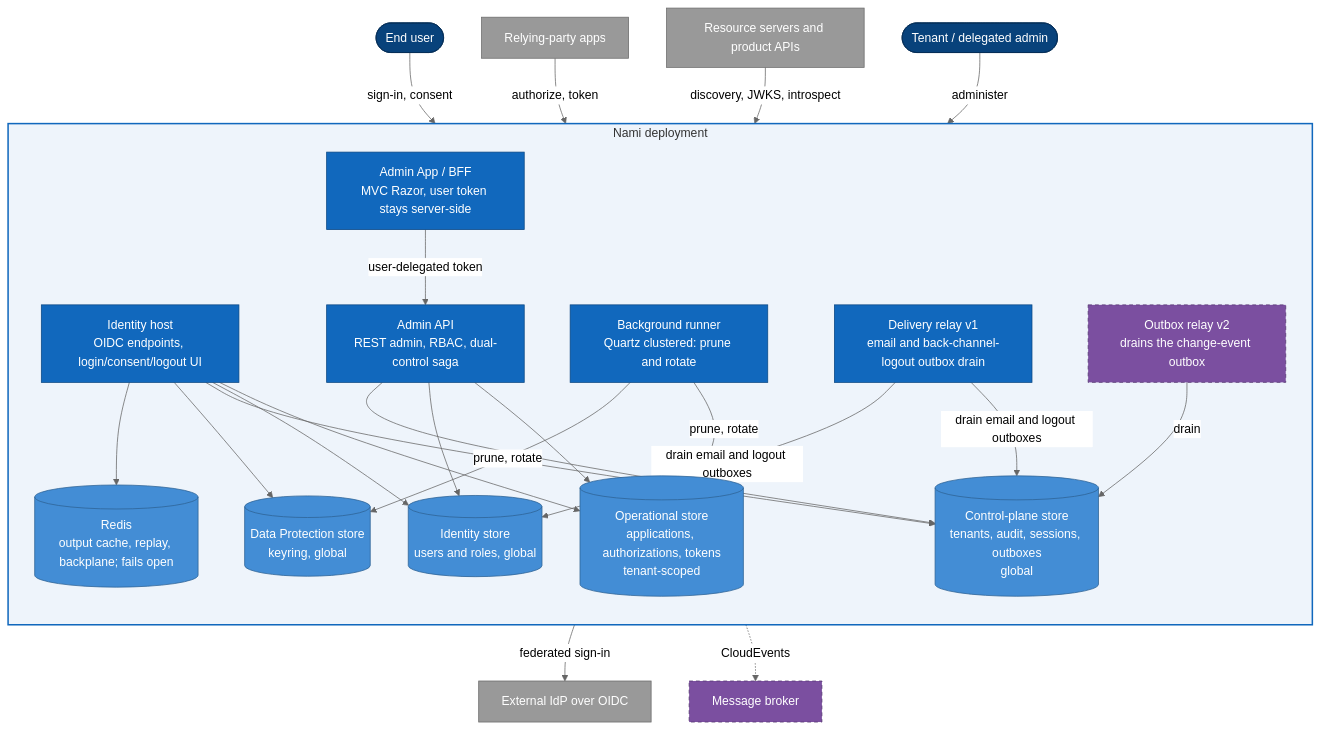
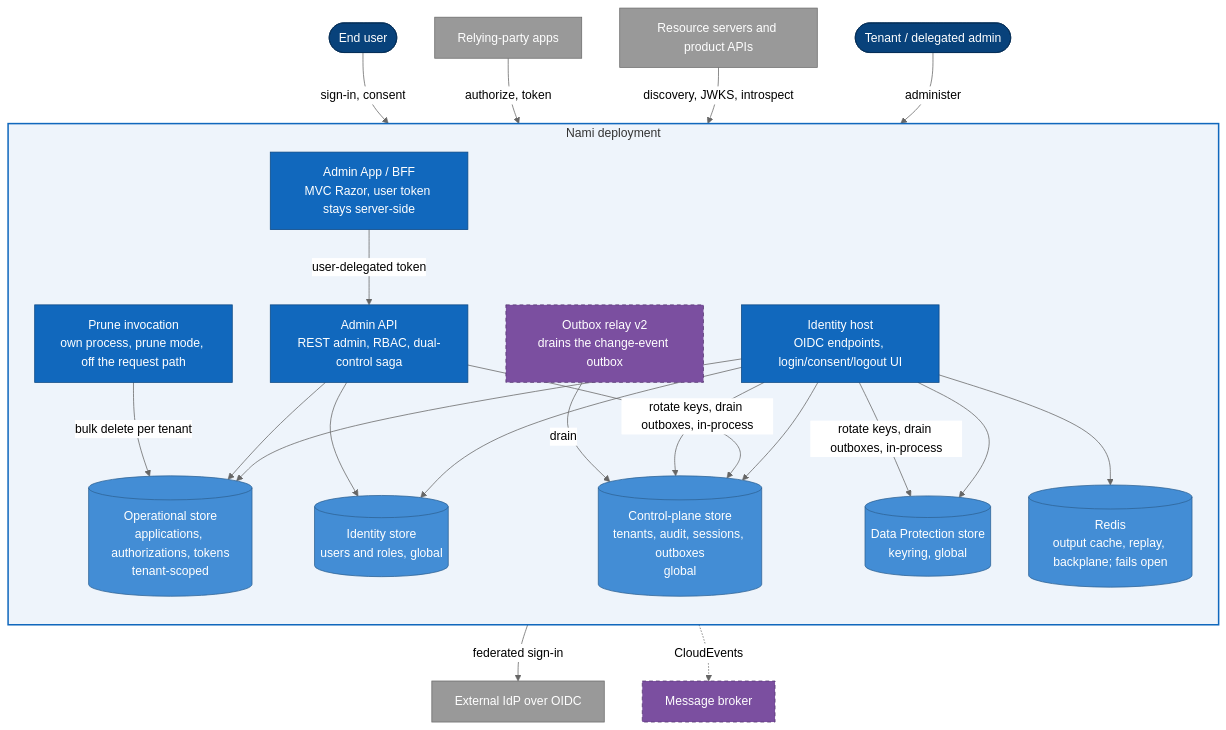
The diagram in docs/architecture/03-containers.md (namphuongtran/nami), drawn with Mermaid (neutral theme) before and after one commit. The commit also changed other lines of this file and 3 other files, not shown here.

````diff
--- a/docs/architecture/03-containers.md
+++ b/docs/architecture/03-containers.md
@@ -19,45 +19,44 @@
 ```mermaid
 graph TB
   enduser([End user]):::person
   admin([Tenant / delegated admin]):::person
   rp[Relying-party apps]:::ext
   rs[Resource servers and product APIs]:::ext
   extidp[External IdP over OIDC]:::ext
 
   subgraph SYS[Nami deployment]
     direction TB
     idp[Identity host<br/>OIDC endpoints, login/consent/logout UI]:::host
     aapi[Admin API<br/>REST admin, RBAC, dual-control saga]:::host
     aapp[Admin App / BFF<br/>MVC Razor, user token stays server-side]:::host
-    run[Background runner<br/>Quartz clustered: prune and rotate]:::host
-    dr[Delivery relay v1<br/>email and back-channel-logout outbox drain]:::host
+    prune[Prune invocation<br/>own process, prune mode, off the request path]:::host
     relay[Outbox relay v2<br/>drains the change-event outbox]:::v2
     opdb[(Operational store<br/>applications, authorizations, tokens<br/>tenant-scoped)]:::store
     iddb[(Identity store<br/>users and roles, global)]:::store
     cpdb[(Control-plane store<br/>tenants, audit, sessions, outboxes<br/>global)]:::store
     dpdb[(Data Protection store<br/>keyring, global)]:::store
     redis[(Redis<br/>output cache, replay, backplane; fails open)]:::store
   end
 
   broker[Message broker]:::v2
 
   enduser -->|sign-in, consent| idp
   rp -->|authorize, token| idp
   rs -->|discovery, JWKS, introspect| idp
   admin -->|administer| aapp
   aapp -->|user-delegated token| aapi
   idp -->|federated sign-in| extidp
   idp --> opdb & iddb & cpdb & dpdb & redis
   aapi --> opdb & iddb & cpdb
-  run -->|prune, rotate| opdb & dpdb
-  dr -->|drain email and logout outboxes| cpdb & iddb
+  prune -->|bulk delete per tenant| opdb
+  idp -->|rotate keys, drain outboxes, in-process| cpdb & dpdb
   relay -->|drain| cpdb
   relay -.->|CloudEvents| broker
 
   classDef person fill:#08427b,stroke:#052e56,color:#ffffff
   classDef host fill:#1168bd,stroke:#0b4884,color:#ffffff
   classDef store fill:#438dd5,stroke:#2e6295,color:#ffffff
   classDef ext fill:#999999,stroke:#6b6b6b,color:#ffffff
   classDef v2 fill:#7b4fa0,stroke:#54356f,color:#ffffff,stroke-dasharray:5 4
   style SYS fill:#eef4fb,stroke:#1168bd,stroke-width:2px
 ```
````
